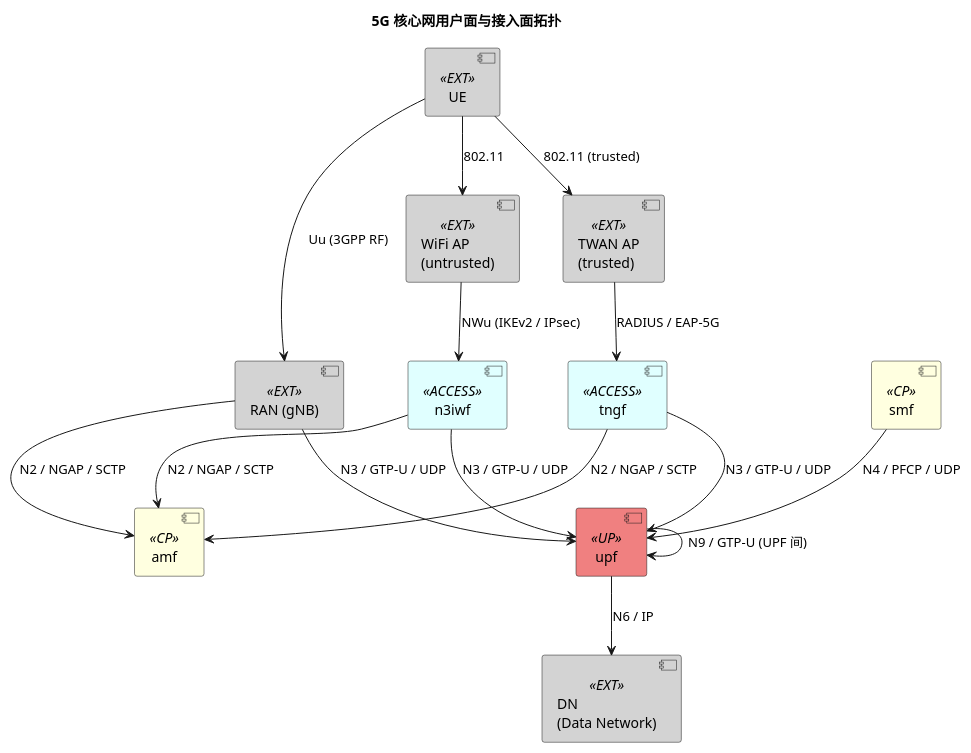
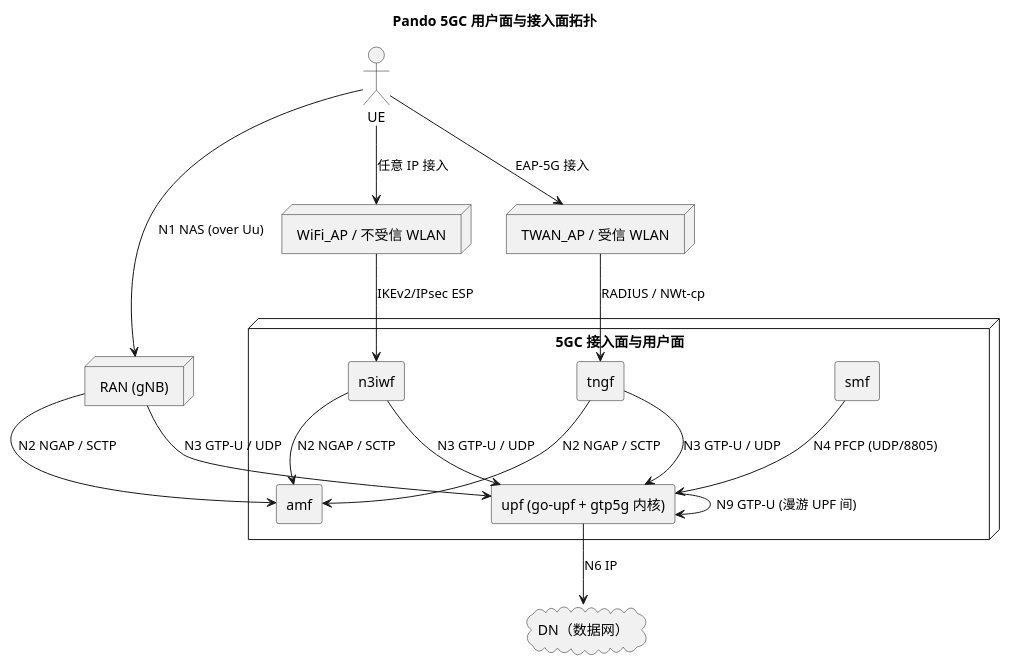
One commit to YickelFuboo/AI-Worker-Project changed the second of 2 diagrams in architectures/system_architectures.md. Above: the diagram before and after it, drawn with PlantUML. The commit also changed other lines of this file and 704 other files, not shown here.

````diff
--- a/architectures/system_architectures.md
+++ b/architectures/system_architectures.md
@@ -148,51 +141,45 @@
 ```plantuml
 @startuml
-title 5G 核心网用户面与接入面拓扑
+title Pando 5GC 用户面与接入面拓扑
 
-skinparam component {
-  BackgroundColor<<CP>> LightYellow
-  BackgroundColor<<UP>> LightCoral
-  BackgroundColor<<ACCESS>> LightCyan
-  BackgroundColor<<EXT>> LightGray
+skinparam componentStyle rectangle
+skinparam shadowing false
+
+actor "UE" as UE
+node "RAN (gNB)" as RAN
+node "WiFi_AP / 不受信 WLAN" as WLAN
+node "TWAN_AP / 受信 WLAN" as TWAN
+cloud "DN（数据网）" as DN
+
+node "5GC 接入面与用户面" {
+  [amf] as AMF
+  [smf] as SMF
+  [upf (go-upf + gtp5g 内核)] as UPF
+  [n3iwf] as N3IWF
+  [tngf] as TNGF
 }
 
-component "UE" <<EXT>> as ue
-component "RAN (gNB)" <<EXT>> as ran
-component "WiFi AP\n(untrusted)" <<EXT>> as wifi
-component "TWAN AP\n(trusted)" <<EXT>> as twan
-component "DN\n(Data Network)" <<EXT>> as dn
+' 3GPP 接入路径
+UE   --> RAN  : N1 NAS (over Uu)
+RAN  --> AMF  : N2 NGAP / SCTP
+RAN  --> UPF  : N3 GTP-U / UDP
+UPF  --> DN   : N6 IP
 
-component amf <<CP>> as amf
-component smf <<CP>> as smf
-component n3iwf <<ACCESS>> as n3iwf
-component tngf <<ACCESS>> as tngf
-component upf <<UP>> as upf
+' 不受信非 3GPP 接入路径
+UE    --> WLAN  : 任意 IP 接入
+WLAN  --> N3IWF : IKEv2/IPsec ESP
+N3IWF --> AMF   : N2 NGAP / SCTP
+N3IWF --> UPF   : N3 GTP-U / UDP
 
-' 3GPP 接入面
-ue   --> ran  : Uu (3GPP RF)
-ran  --> amf  : N2 / NGAP / SCTP
-ran  --> upf  : N3 / GTP-U / UDP
+' 受信非 3GPP 接入路径
+UE    --> TWAN  : EAP-5G 接入
+TWAN  --> TNGF  : RADIUS / NWt-cp
+TNGF  --> AMF   : N2 NGAP / SCTP
+TNGF  --> UPF   : N3 GTP-U / UDP
 
-' 非 3GPP 不受信接入
-ue    --> wifi  : 802.11
-wifi  --> n3iwf : NWu (IKEv2 / IPsec)
-n3iwf --> amf   : N2 / NGAP / SCTP
-n3iwf --> upf   : N3 / GTP-U / UDP
-
-' 非 3GPP 受信接入
-ue   --> twan : 802.11 (trusted)
-twan --> tngf : RADIUS / EAP-5G
-tngf --> amf  : N2 / NGAP / SCTP
-tngf --> upf  : N3 / GTP-U / UDP
-
-' 控制面到用户面
-smf --> upf : N4 / PFCP / UDP
-
-' 用户面到数据网络
-upf --> dn  : N6 / IP
-
-' UPF 间漫游
-upf --> upf : N9 / GTP-U (UPF 间)
+' 控制面对用户面控制
+SMF  --> UPF   : N4 PFCP (UDP/8805)
+UPF  --> UPF   : N9 GTP-U (漫游 UPF 间)
 
 @enduml
 ```
````
